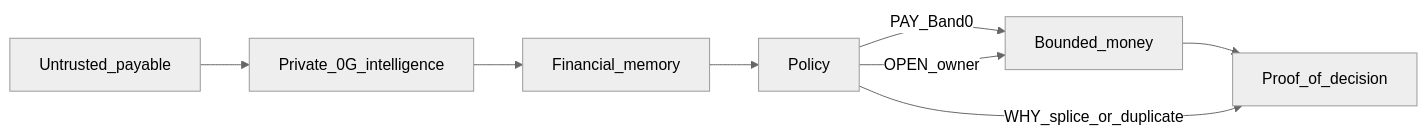
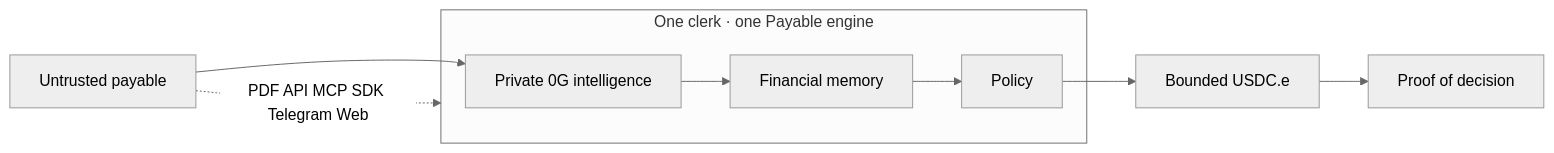
The first of 8 diagrams in README.md (james32135/BURSAR), drawn with Mermaid (neutral theme) before and after one commit. The commit also changed other lines of this file, not shown here.

First line of the commit message:
Rewrite README as the 0G-native payable clerk flagship.

````diff
--- a/README.md
+++ b/README.md
@@ -44,14 +68,15 @@
 ```mermaid
 flowchart LR
-  src[Untrusted_payable]
-  intel[Private_0G_intelligence]
-  mem[Financial_memory]
-  pol[Policy]
-  money[Bounded_money]
-  proof[Proof_of_decision]
+  A[Untrusted payable] --> B[Private 0G intelligence]
+  B --> C[Financial memory]
+  C --> D[Policy]
+  D --> E[Bounded USDC.e]
+  E --> F[Proof of decision]
 
-  src --> intel --> mem --> pol
-  pol -->|PAY_Band0| money --> proof
-  pol -->|OPEN_owner| money
-  pol -->|WHY_splice_or_duplicate| proof
+  A -.->|PDF API MCP SDK Telegram Web| Clerk
+  subgraph Clerk[One clerk · one Payable engine]
+    B
+    C
+    D
+  end
 ```
````
